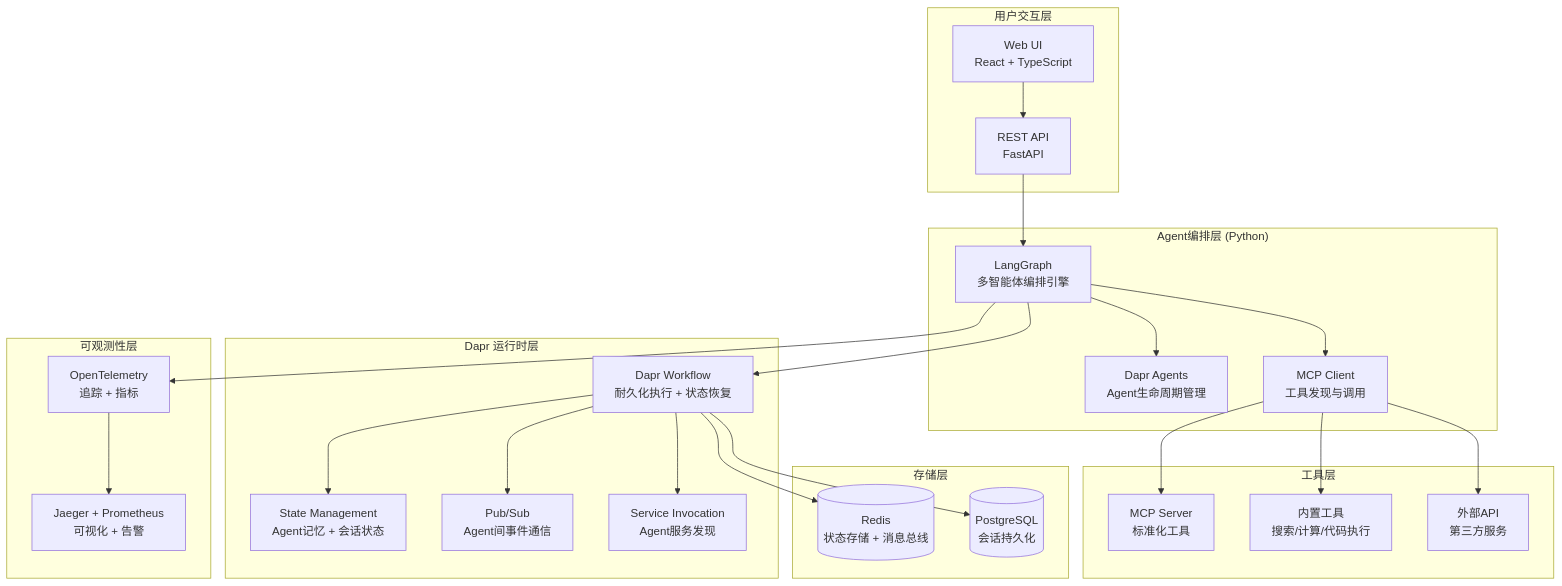
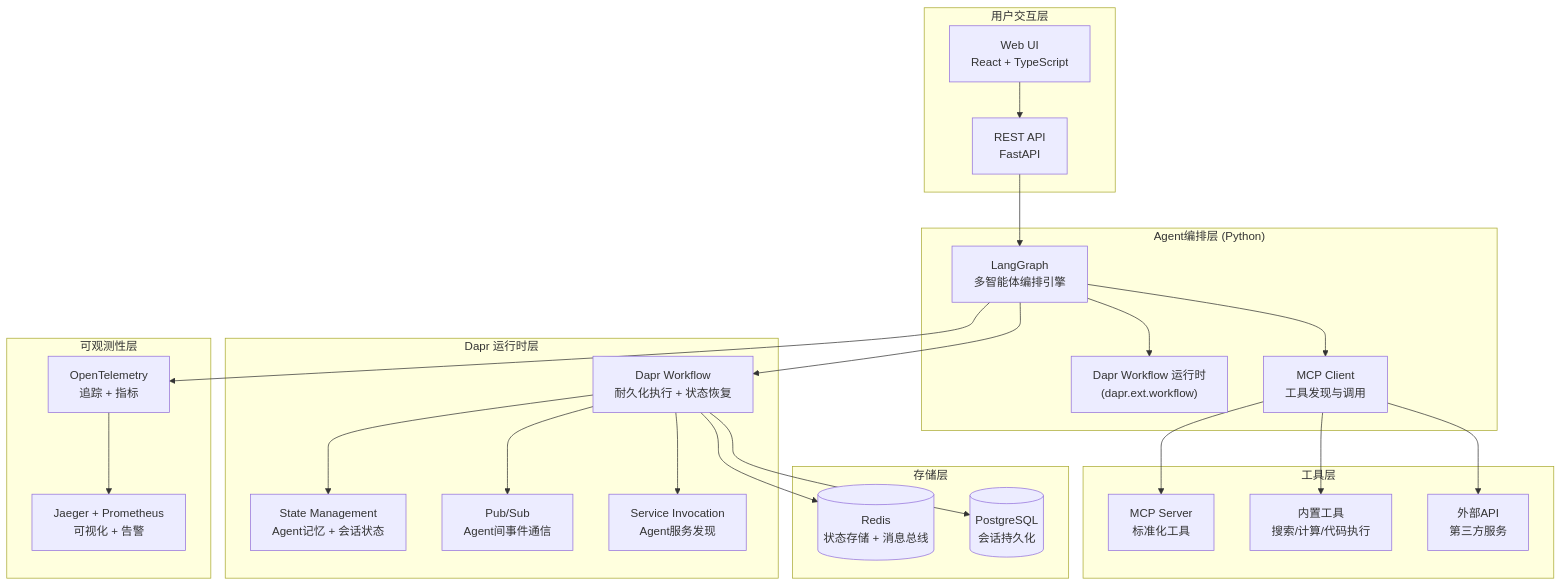
One commit to lian-yao/Multi-Agent-Collaboration-Platform changed the diagram in doc/15 AI Native多智能体协作平台.md. Above: the diagram before and after it, drawn with Mermaid. The commit also changed other lines of this file and 2 other files, not shown here.

First line of the commit message:
文档（事实源）：按 ADR-020/021 同步 doc/15 的 Dapr Agents 与前端措辞

````diff
--- a/doc/15 AI Native多智能体协作平台.md
+++ b/doc/15 AI Native多智能体协作平台.md
@@ -22,43 +22,43 @@
 ```mermaid
 flowchart TB
     subgraph User["用户交互层"]
         A["Web UI<br>React + TypeScript"]
         B["REST API<br>FastAPI"]
     end
 
     subgraph Orchestrator["Agent编排层 (Python)"]
         C["LangGraph<br>多智能体编排引擎"]
-        D["Dapr Agents<br>Agent生命周期管理"]
+        D["Dapr Workflow 运行时<br>(dapr.ext.workflow)"]
         E["MCP Client<br>工具发现与调用"]
     end
 
     subgraph DaprRuntime["Dapr 运行时层"]
         F["Dapr Workflow<br>耐久化执行 + 状态恢复"]
         G["State Management<br>Agent记忆 + 会话状态"]
         H["Pub/Sub<br>Agent间事件通信"]
         I["Service Invocation<br>Agent服务发现"]
     end
 
     subgraph Tools["工具层"]
         J["MCP Server<br>标准化工具"]
         K["内置工具<br>搜索/计算/代码执行"]
         L["外部API<br>第三方服务"]
     end
 
     subgraph Storage["存储层"]
         M[("Redis<br>状态存储 + 消息总线")]
         N[("PostgreSQL<br>会话持久化")]
     end
 
     subgraph Observability["可观测性层"]
         O["OpenTelemetry<br>追踪 + 指标"]
         P["Jaeger + Prometheus<br>可视化 + 告警"]
     end
 
     A --> B --> C
     C --> D
     C --> E --> J & K & L
     C --> F --> G & H & I
     F --> M & N
     C --> O --> P
 ```
````
